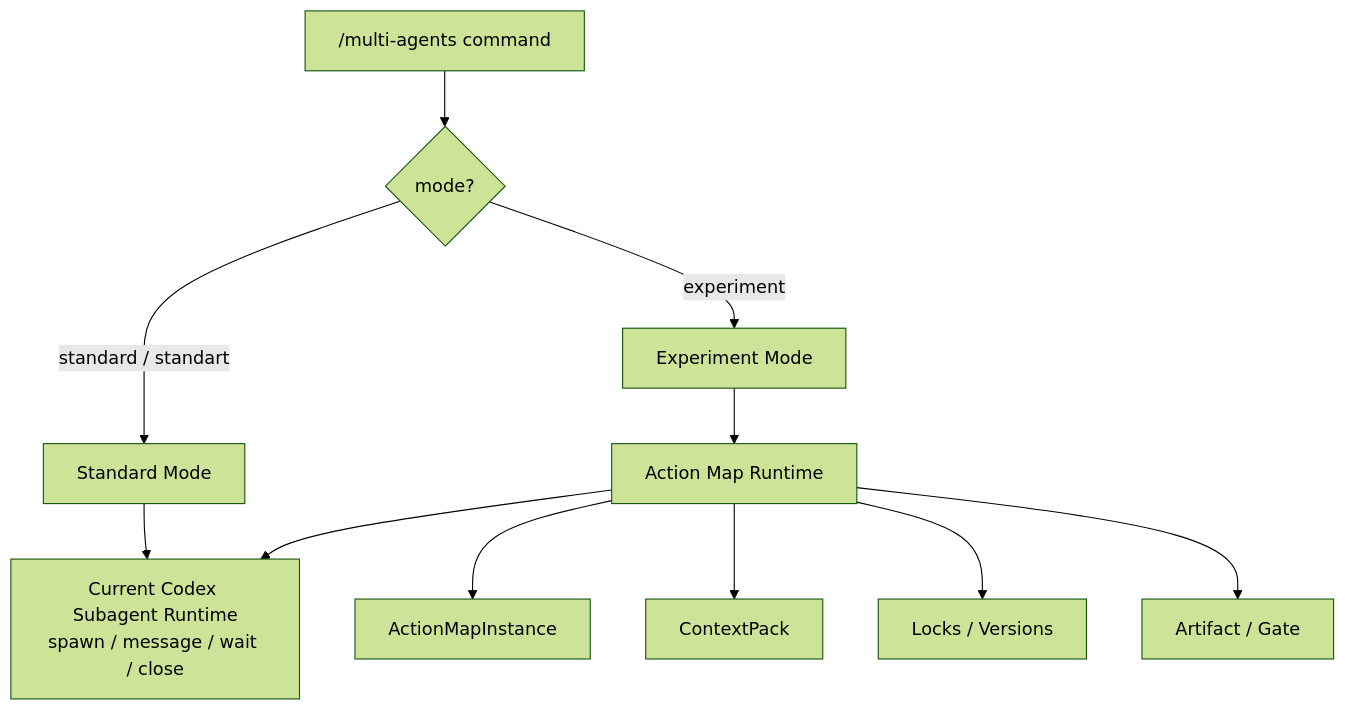
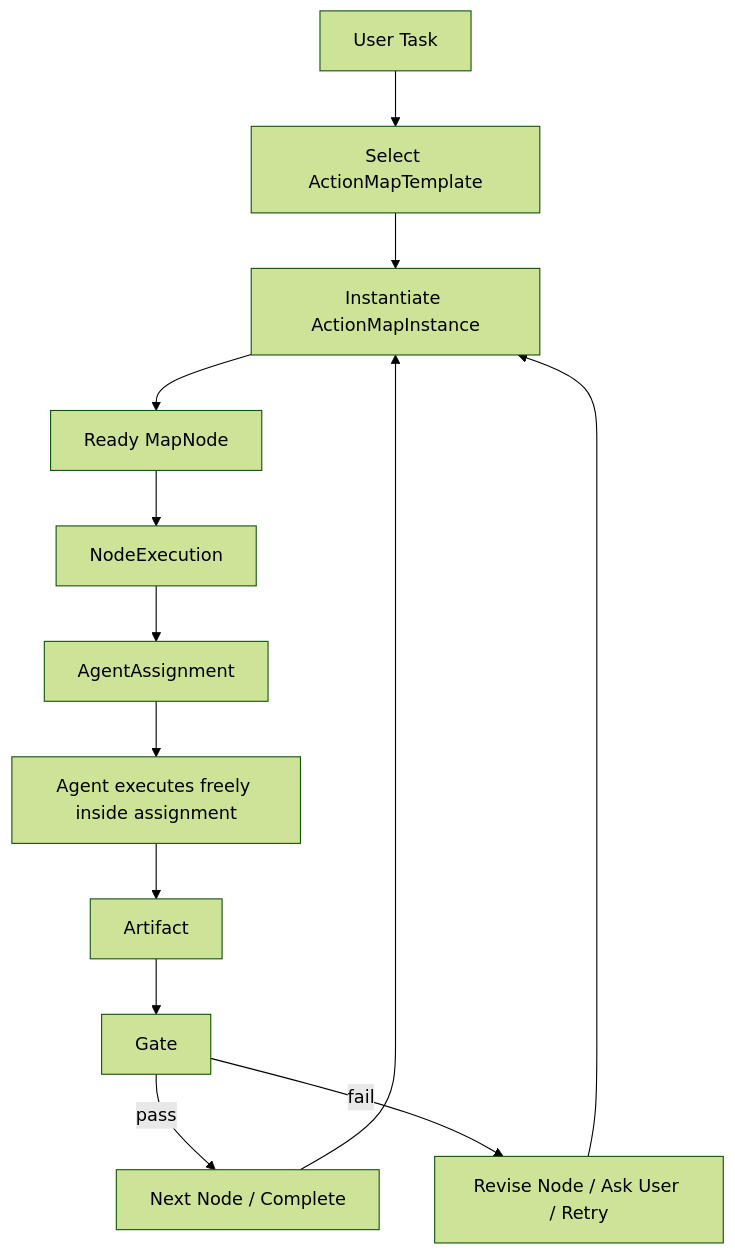
One commit to ceasarXuu/WhaleCode changed the first of 2 diagrams in docs/plans/2026-04-25-multi-agent-collaboration-architecture.md. Above: the diagram before and after it, drawn with Mermaid (forest theme). The commit also changed other lines of this file and 1 other file, not shown here.

Commit message:
docs: simplify multi-agent architecture

````diff
--- a/docs/plans/2026-04-25-multi-agent-collaboration-architecture.md
+++ b/docs/plans/2026-04-25-multi-agent-collaboration-architecture.md
@@ -1209,14 +101,15 @@
 ```mermaid
 flowchart TD
-    C["/multi-agents command"] --> M{"mode?"}
-    M -->|standard / standart| S["Standard Mode"]
-    M -->|experiment| E["Experiment Mode"]
-
-    S --> CS["Current Codex Subagent Runtime<br/>spawn / message / wait / close"]
-    E --> AM["Action Map Runtime"]
-    AM --> MI["ActionMapInstance"]
-    AM --> CP["ContextPack"]
-    AM --> LK["Locks / Versions"]
-    AM --> GT["Artifact / Gate"]
-    AM --> CS
+    U["User Task"] --> T["Select ActionMapTemplate"]
+    T --> M["Instantiate ActionMapInstance"]
+    M --> N["Ready MapNode"]
+    N --> E["NodeExecution"]
+    E --> A["AgentAssignment"]
+    A --> R["Agent executes freely inside assignment"]
+    R --> F["Artifact"]
+    F --> G["Gate"]
+    G -->|pass| NX["Next Node / Complete"]
+    G -->|fail| RV["Revise Node / Ask User / Retry"]
+    NX --> M
+    RV --> M
 ```
````
